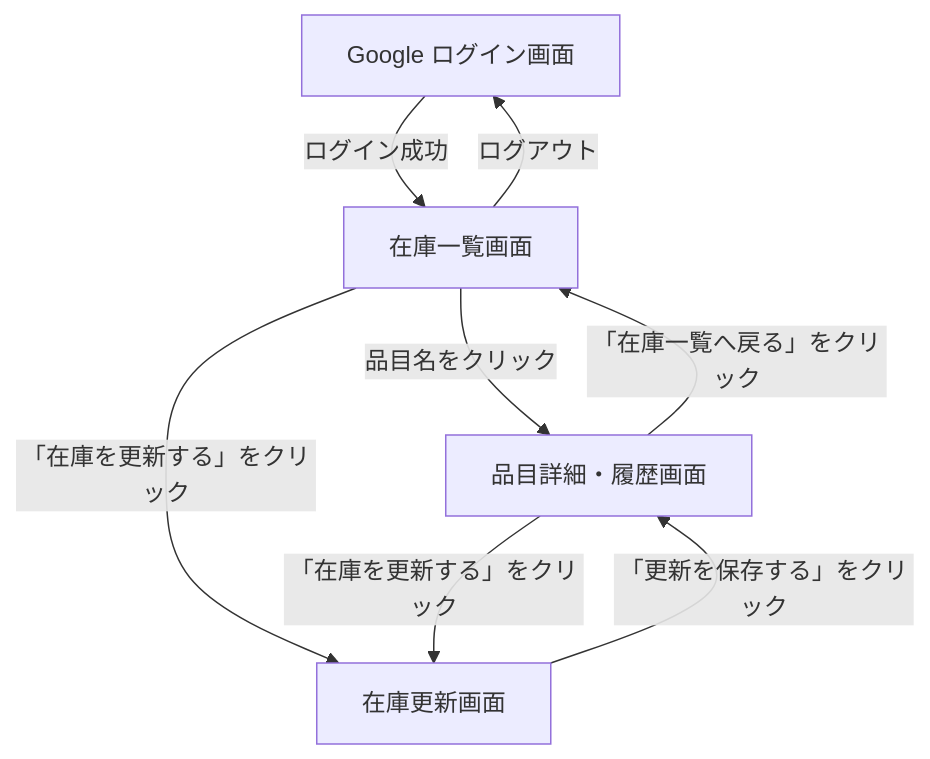
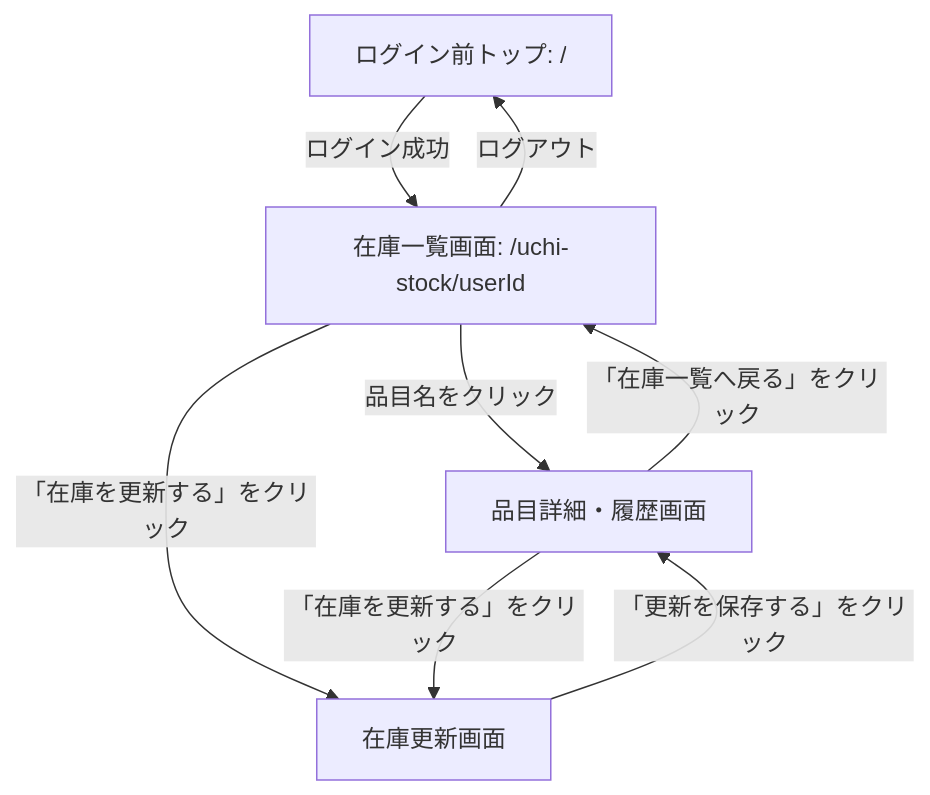
One commit to bamiyanapp/uchi-stock changed the second of 2 diagrams in docs/internal-design.md. Above: the diagram before and after it, drawn with Mermaid. The commit also changed other lines of this file and 4 other files, not shown here.

First line of the commit message:
feat(ui): ログイン後のトップページURLを /uchi-stock/<userId> に変更 (#123)

````diff
--- a/docs/internal-design.md
+++ b/docs/internal-design.md
@@ -104,10 +104,10 @@
 ```mermaid
 graph TD
-    Login[Google ログイン画面] --> |ログイン成功| Home[在庫一覧画面]
+    Login[Google ログイン画面] --> |ログイン成功| Home[在庫一覧画面: /uchi-stock/userId]
     Home --> |品目名をクリック| Detail[品目詳細・履歴画面]
     Home --> |「在庫を更新する」をクリック| Update[在庫更新画面]
     Detail --> |「在庫を更新する」をクリック| Update
     Update --> |「更新を保存する」をクリック| Detail
     Detail --> |「在庫一覧へ戻る」をクリック| Home
-    Home --> |ログアウト| Login
+    Home --> |ログアウト| Login[ログイン前トップ: /]
 ```
````
